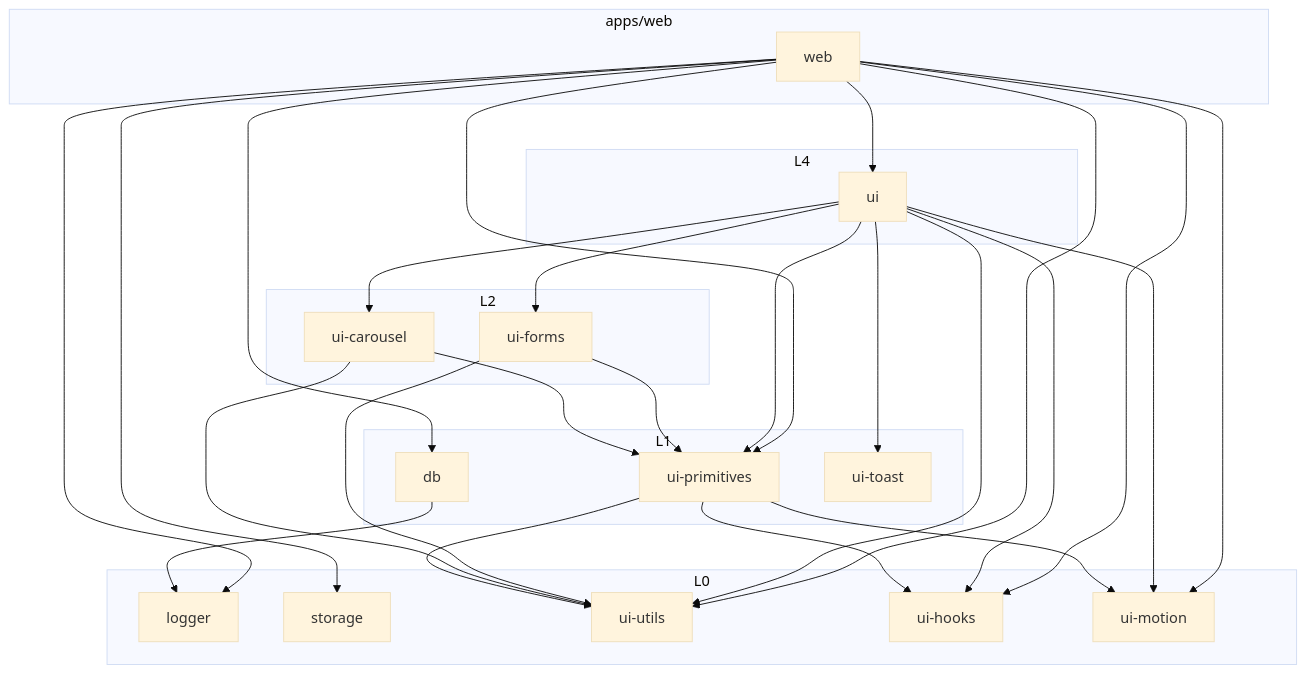
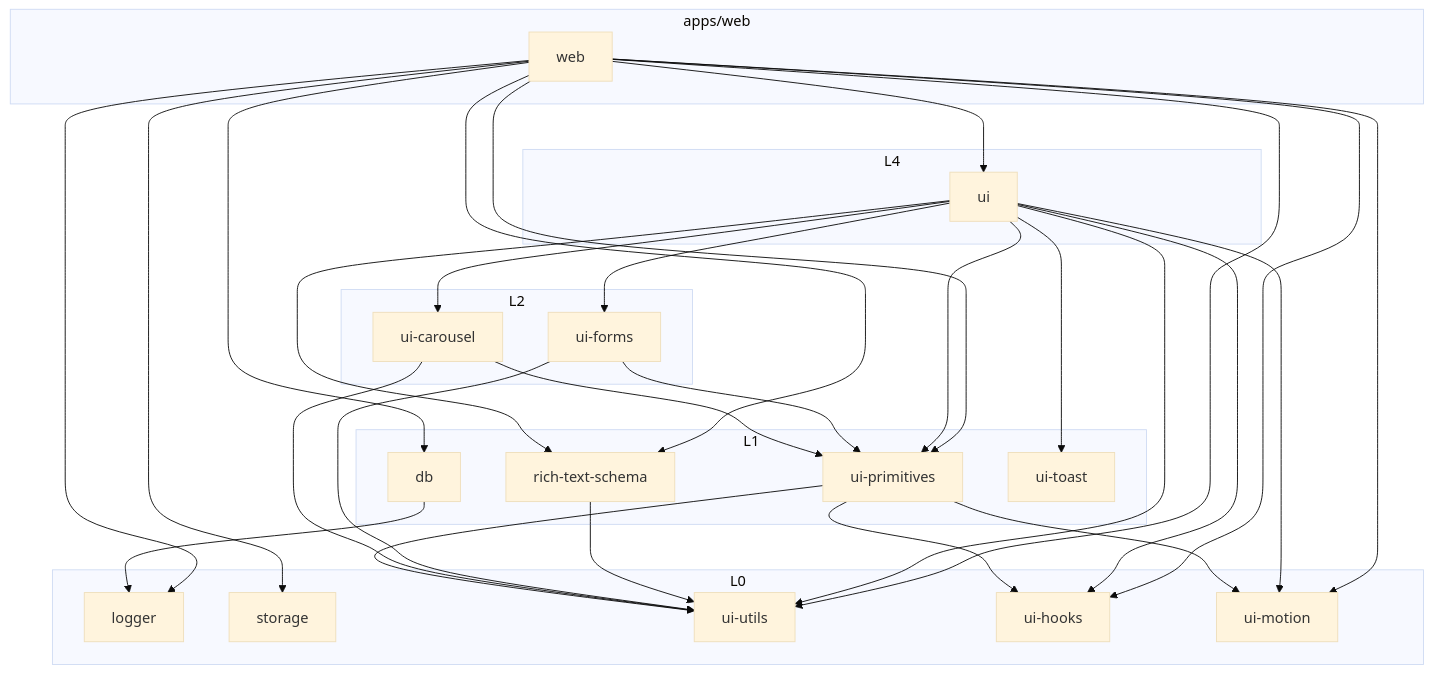
The third of 9 diagrams in docs/architecture.md (lthphuw/byte-of-me), drawn with Mermaid (base theme) before and after one commit. The commit also changed other lines of this file and 74 other files, not shown here.

````diff
--- a/docs/architecture.md
+++ b/docs/architecture.md
@@ -162,49 +166,53 @@
 ```mermaid
 flowchart TB
     subgraph APP["apps/web"]
         WEB["web"]
     end
     subgraph L4["L4"]
         UI["ui"]
     end
     subgraph L2["L2"]
         FORMS["ui-forms"]
         CAROUSEL["ui-carousel"]
     end
     subgraph L1["L1"]
         DB["db"]
+        SCHEMA["rich-text-schema"]
         PRIMS["ui-primitives"]
         TOAST["ui-toast"]
     end
     subgraph L0["L0"]
         LOG["logger"]
         ST["storage"]
         UTILS["ui-utils"]
         HOOKS["ui-hooks"]
         MOTION["ui-motion"]
     end
 
     WEB --> UI
     WEB --> DB
     WEB --> ST
     WEB --> LOG
     WEB --> UTILS
     WEB --> HOOKS
     WEB --> MOTION
     WEB --> PRIMS
+    WEB --> SCHEMA
+    UI --> SCHEMA
     UI --> UTILS
     UI --> HOOKS
     UI --> MOTION
     UI --> PRIMS
     UI --> TOAST
     UI --> FORMS
     UI --> CAROUSEL
+    SCHEMA --> UTILS
     FORMS --> PRIMS
     FORMS --> UTILS
     CAROUSEL --> PRIMS
     CAROUSEL --> UTILS
     PRIMS --> UTILS
     PRIMS --> HOOKS
     PRIMS --> MOTION
     DB --> LOG
 ```
````
